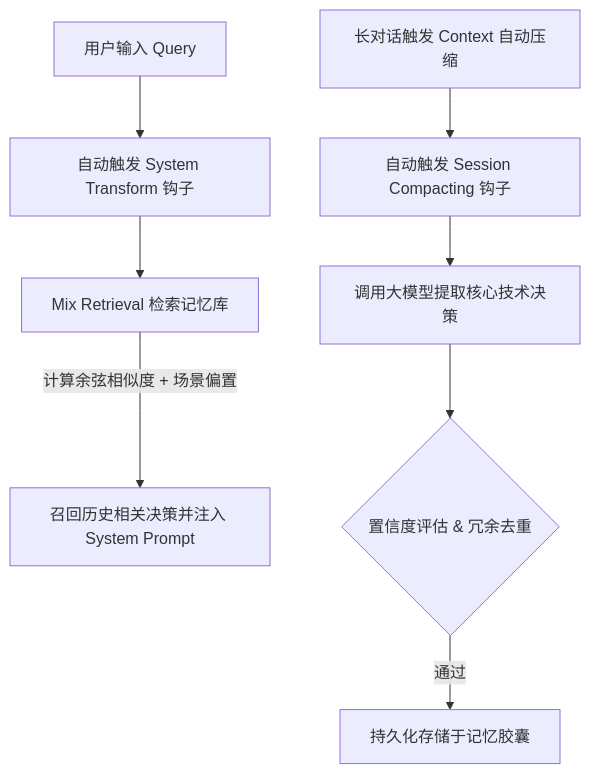
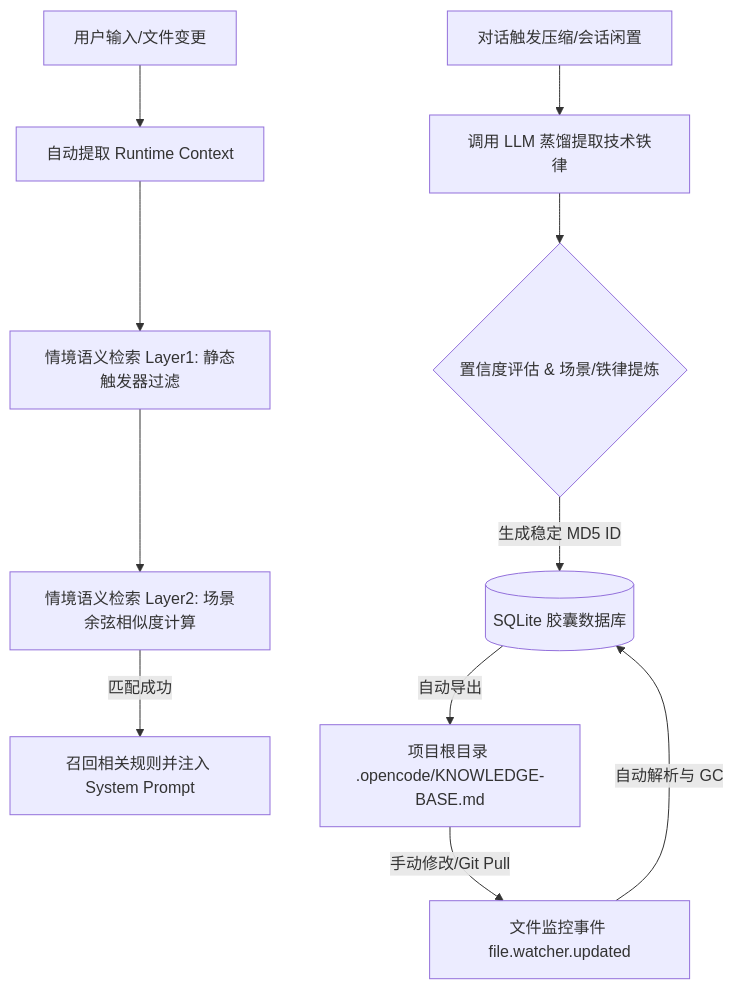
The diagram in README.md (gyorkluu/opencode-plugin-memory-capsule), drawn with Mermaid before and after one commit. The commit also changed other lines of this file, not shown here.

````diff
--- a/README.md
+++ b/README.md
@@ -13,11 +13,14 @@
 ```mermaid
 graph TD
-    A[用户输入 Query] --> B[自动触发 System Transform 钩子]
-    B --> C[Mix Retrieval 检索记忆库]
-    C -->|计算余弦相似度 + 场景偏置| D[召回历史相关决策并注入 System Prompt]
+    A[用户输入/文件变更] --> B[自动提取 Runtime Context]
+    B --> C[情境语义检索 Layer1: 静态触发器过滤]
+    C --> D[情境语义检索 Layer2: 场景余弦相似度计算]
+    D -->|匹配成功| E[召回相关规则并注入 System Prompt]
     
-    E[长对话触发 Context 自动压缩] --> F[自动触发 Session Compacting 钩子]
-    F --> G[调用大模型提取核心技术决策]
-    G --> H{置信度评估 & 冗余去重}
-    H -->|通过| I[持久化存储于记忆胶囊]
+    F[对话触发压缩/会话闲置] --> G[调用 LLM 蒸馏提取技术铁律]
+    G --> H{置信度评估 & 场景/铁律提炼}
+    H -->|生成稳定 MD5 ID| I[(SQLite 胶囊数据库)]
+    I -->|自动导出| J[项目根目录 .opencode/KNOWLEDGE-BASE.md]
+    J -->|手动修改/Git Pull| K[文件监控事件 file.watcher.updated]
+    K -->|自动解析与 GC| I
 ```
````
